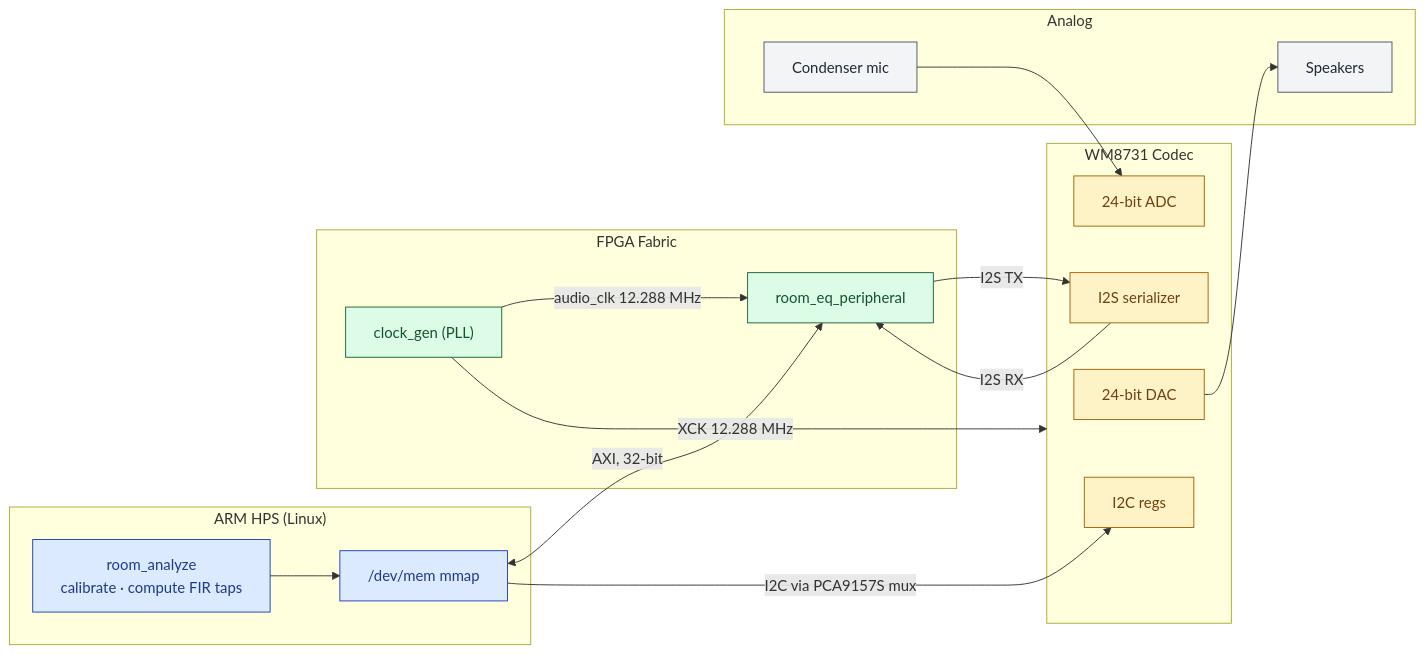
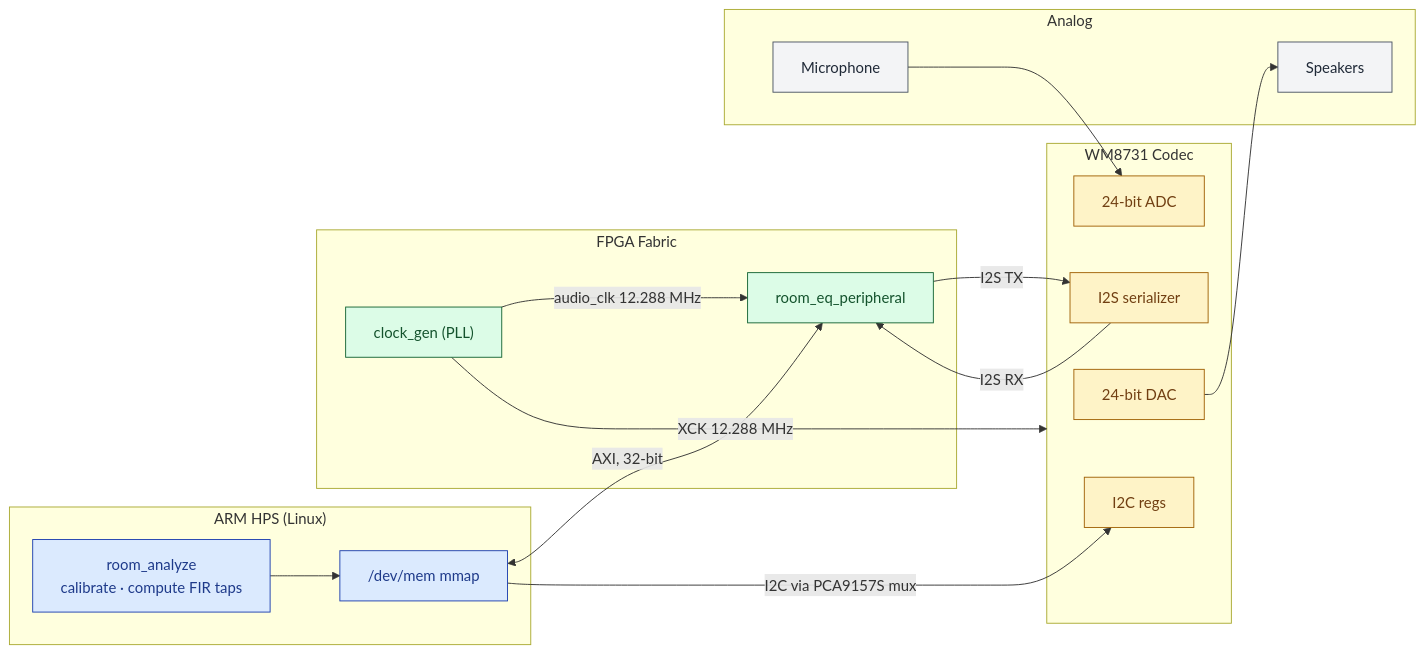
One commit to cscaff/Embedded-Real-Time-Room-EQ-Correction changed the first of 4 diagrams in docs/final_report/report.md. Above: the diagram before and after it, drawn with Mermaid. The commit also changed other lines of this file and 17 other files, not shown here.

````diff
--- a/docs/final_report/report.md
+++ b/docs/final_report/report.md
@@ -18,46 +18,46 @@
 ```mermaid
 flowchart LR
   subgraph HPS["ARM HPS (Linux)"]
     APP["room_analyze<br/>calibrate · compute FIR taps"]
     MMAP["/dev/mem mmap"]
   end
 
   subgraph FPGA["FPGA Fabric"]
     PERIPH["room_eq_peripheral"]
     PLL["clock_gen (PLL)"]
   end
 
   subgraph CODEC["WM8731 Codec"]
     I2C_IN["I2C regs"]
     ADC["24-bit ADC"]
     DAC["24-bit DAC"]
     SER["I2S serializer"]
   end
 
   subgraph ANALOG["Analog"]
-    MIC["Condenser mic"]
+    MIC["Microphone"]
     SPK["Speakers"]
   end
 
   APP --> MMAP
   MMAP <-->|AXI, 32-bit| PERIPH
   MMAP -->|I2C via PCA9157S mux| I2C_IN
 
   PERIPH -->|I2S TX| SER
   SER -->|I2S RX| PERIPH
   PLL -->|XCK 12.288 MHz| CODEC
   PLL -->|audio_clk 12.288 MHz| PERIPH
 
   MIC --> ADC
   DAC --> SPK
 
   classDef hps    fill:#dbeafe,stroke:#1e40af,color:#1e3a8a
   classDef fpga   fill:#dcfce7,stroke:#166534,color:#14532d
   classDef codec  fill:#fef3c7,stroke:#a16207,color:#713f12
   classDef analog fill:#f3f4f6,stroke:#4b5563,color:#1f2937
 
   class APP,MMAP hps
   class PERIPH,PLL fpga
   class I2C_IN,ADC,DAC,SER codec
   class MIC,SPK analog
 ```
````
